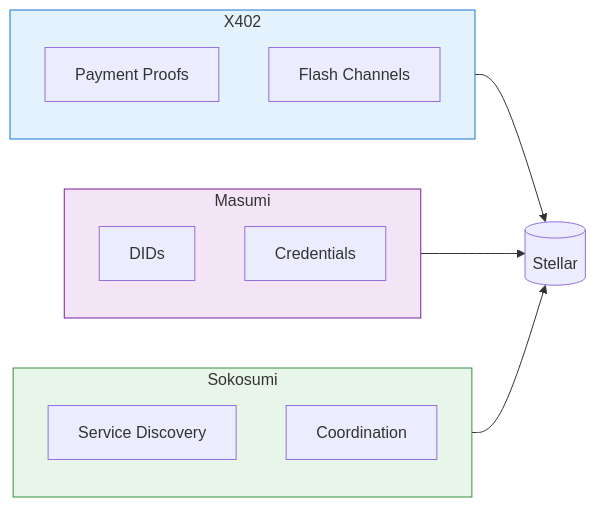
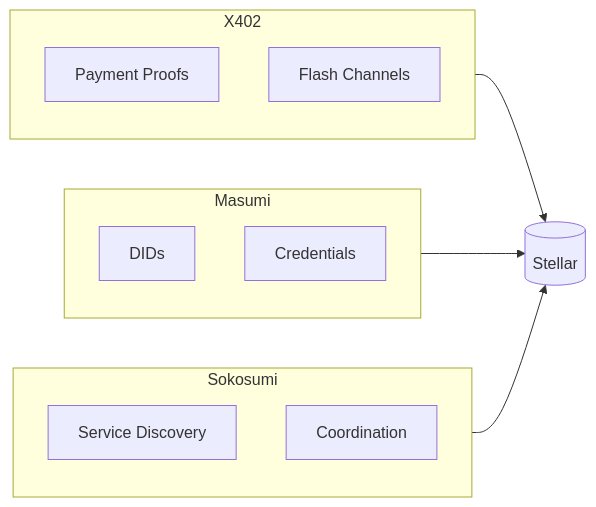
The fourth of 4 diagrams in README.md (Dijo-404/Project_Cygnus), drawn with Mermaid before and after one commit. The commit also changed other lines of this file, not shown here.

````diff
--- a/README.md
+++ b/README.md
@@ -199,25 +193,23 @@
 ```mermaid
 flowchart LR
     subgraph X402["X402"]
         X1[Payment Proofs]
         X2[Flash Channels]
     end
 
     subgraph MASUMI["Masumi"]
         M1[DIDs]
         M2[Credentials]
     end
 
     subgraph SOKOSUMI["Sokosumi"]
         S1[Service Discovery]
         S2[Coordination]
     end
 
     X402 --> STELLAR[(Stellar)]
     MASUMI --> STELLAR
     SOKOSUMI --> STELLAR
 
-    style X402 fill:#e3f2fd,stroke:#1976d2
-    style MASUMI fill:#f3e5f5,stroke:#7b1fa2
-    style SOKOSUMI fill:#e8f5e9,stroke:#388e3c
+
 ```
````
